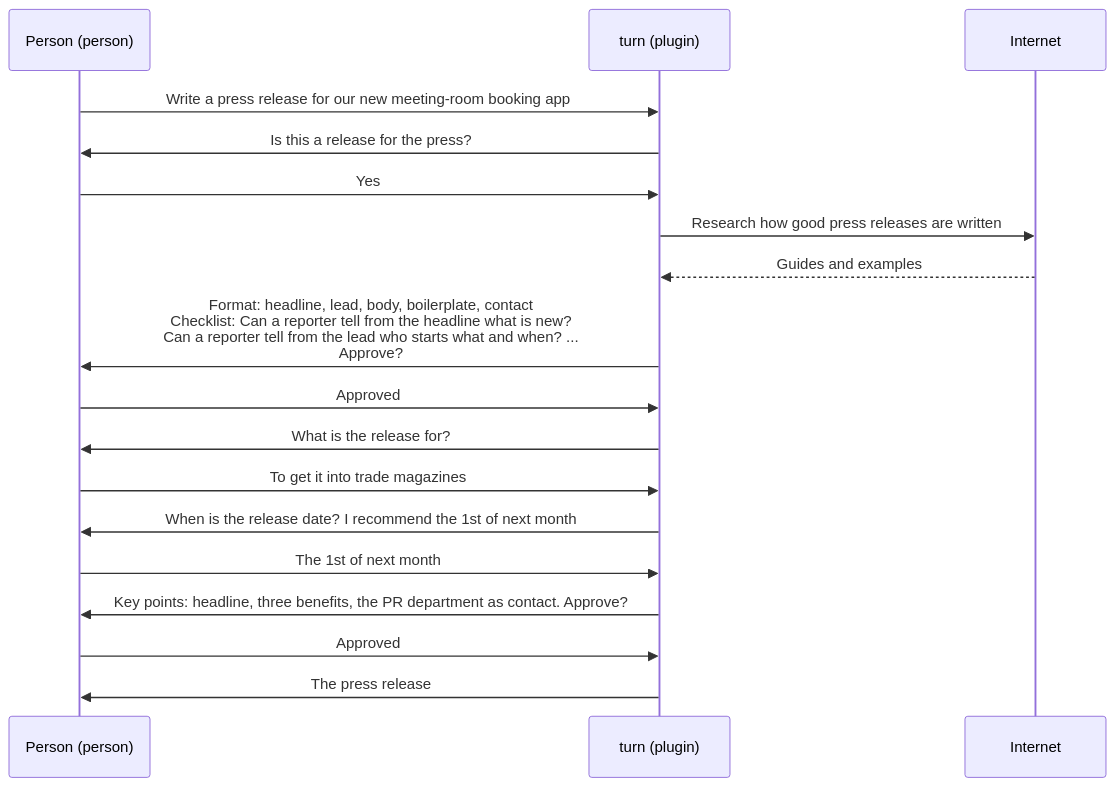
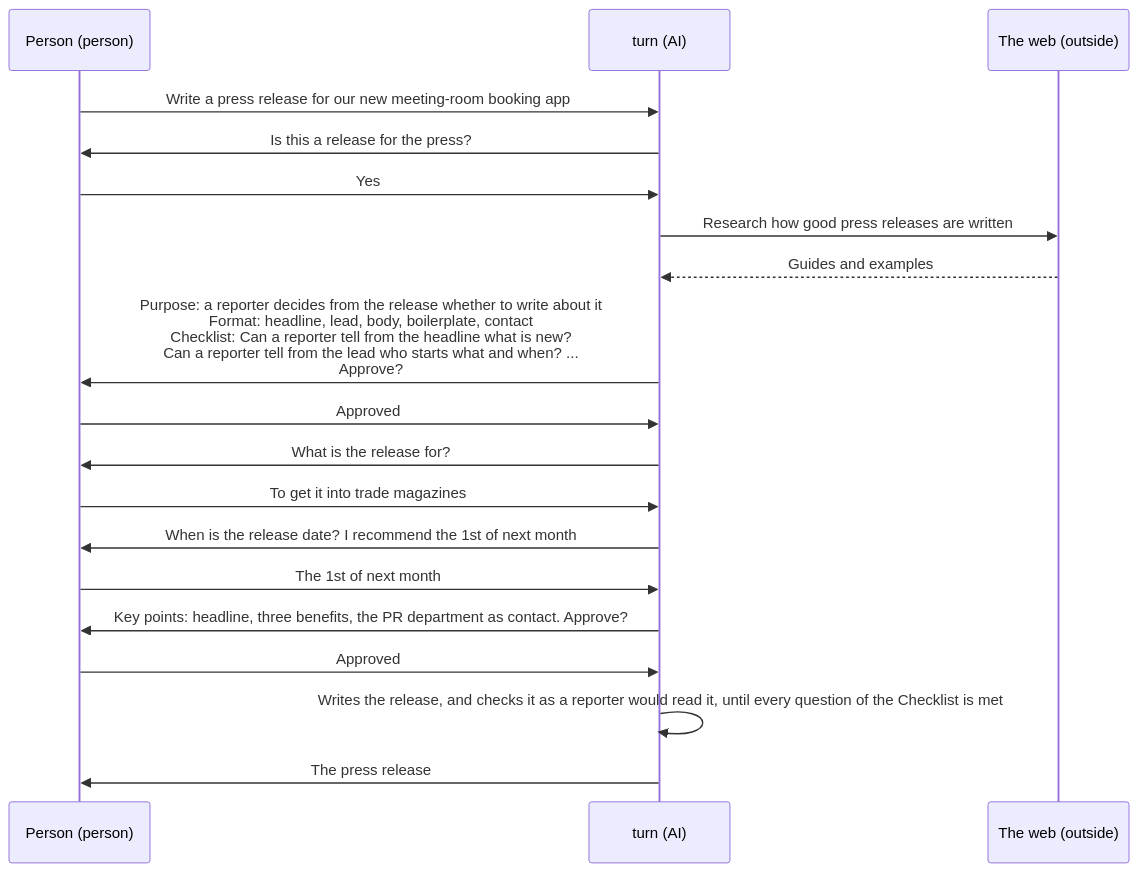
One commit to lovaizu/ccpm changed the diagram in dev/turn/ux.md. Above: the diagram before and after it, drawn with Mermaid. The commit also changed other lines of this file and 2 other files, not shown here.

First line of the commit message:
turn's UX rewritten from a design tree settled by turn-rebuild.md

````diff
--- a/dev/turn/ux.md
+++ b/dev/turn/ux.md
@@ -20,20 +22,21 @@
 ```mermaid
 sequenceDiagram
   participant User as Person (person)
-  participant turn as turn (plugin)
-  participant Web as Internet
+  participant turn as turn (AI)
+  participant Web as The web (outside)
   User->>turn: Write a press release for our new meeting-room booking app
   turn->>User: Is this a release for the press?
   User->>turn: Yes
   turn->>Web: Research how good press releases are written
   Web-->>turn: Guides and examples
-  turn->>User: Format: headline, lead, body, boilerplate, contact<br/>Checklist: Can a reporter tell from the headline what is new?<br/>Can a reporter tell from the lead who starts what and when? ...<br/>Approve?
+  turn->>User: Purpose: a reporter decides from the release whether to write about it<br/>Format: headline, lead, body, boilerplate, contact<br/>Checklist: Can a reporter tell from the headline what is new?<br/>Can a reporter tell from the lead who starts what and when? ...<br/>Approve?
   User->>turn: Approved
   turn->>User: What is the release for?
   User->>turn: To get it into trade magazines
   turn->>User: When is the release date? I recommend the 1st of next month
   User->>turn: The 1st of next month
   turn->>User: Key points: headline, three benefits, the PR department as contact. Approve?
   User->>turn: Approved
+  turn->>turn: Writes the release, and checks it as a reporter would read it, until every question of the Checklist is met
   turn->>User: The press release
 ```
````
